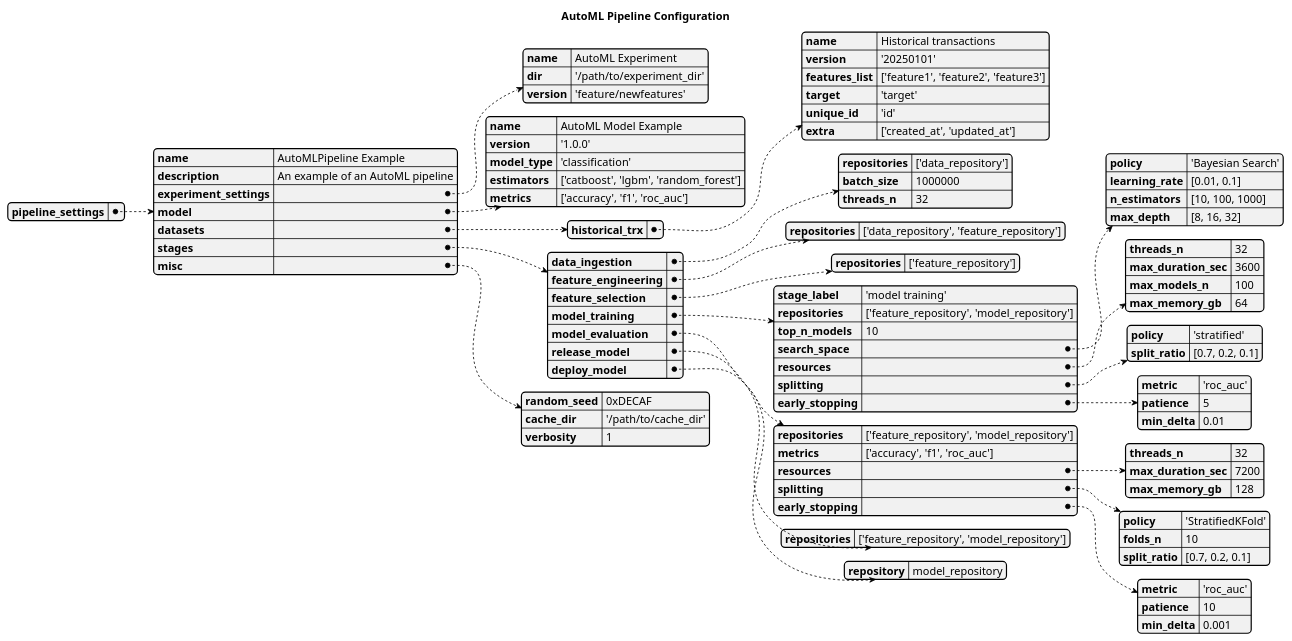
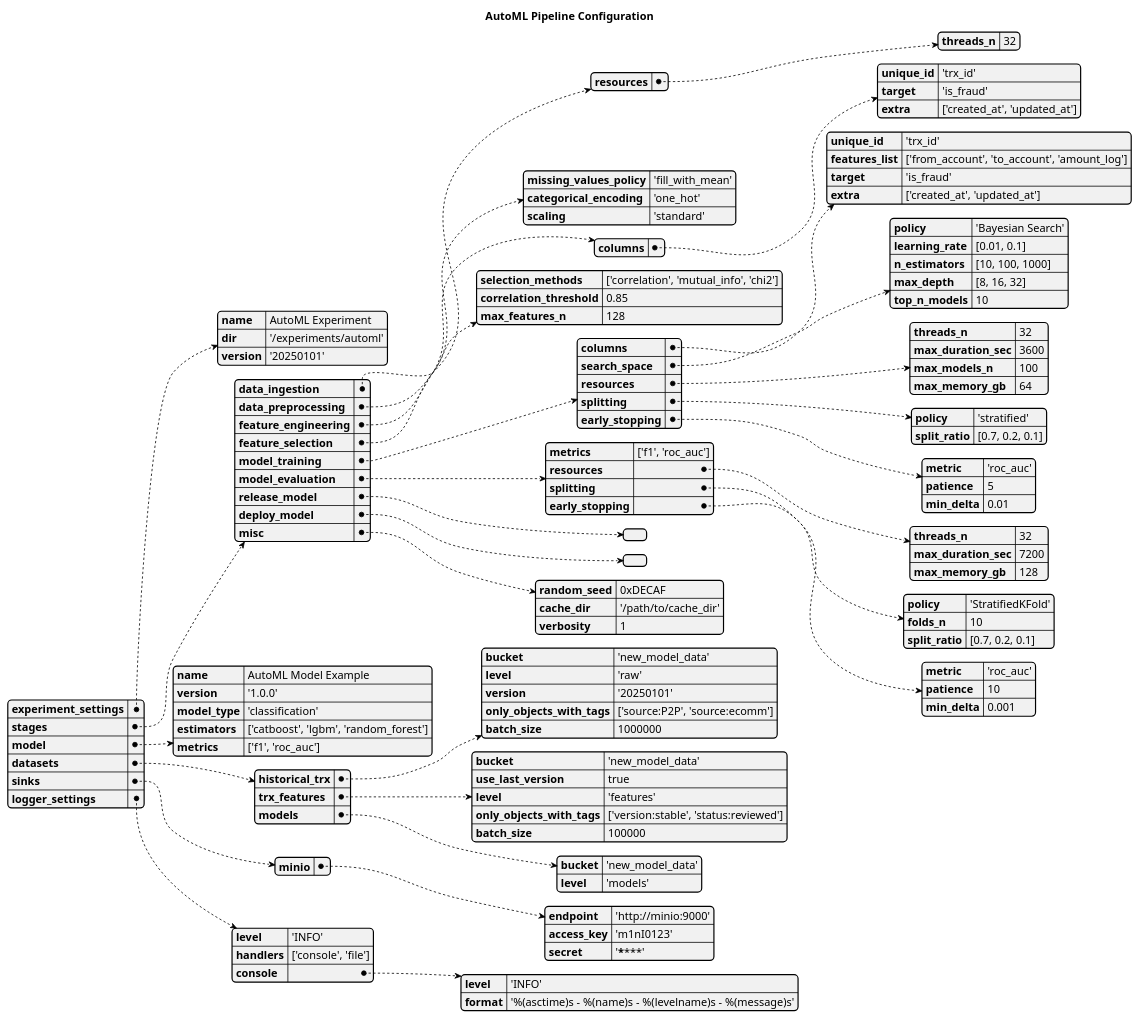
The diagram in pipelines/automl_config.wsd (codez0mb1e/data-engineer-server), drawn with PlantUML before and after one commit. The commit also changed 2 other files, not shown here.

Commit message:
AutoML rethinking

```diff
--- a/pipelines/automl_config.wsd
+++ b/pipelines/automl_config.wsd
@@ -1,90 +1,121 @@
 @startyaml automl_config
 title AutoML Pipeline Configuration
 
-pipeline_settings:
-    name: AutoMLPipeline Example
-    description: An example of an AutoML pipeline
 
-    experiment_settings:
-        name: AutoML Experiment
-        dir: '/path/to/experiment_dir'
-        version: 'feature/newfeatures'
+experiment_settings:
+    name: AutoML Experiment
+    dir: '/experiments/automl'
+    version: '20250101'
+
+stages:
+    data_ingestion:
+        resources:
+            threads_n: 32
+
+    data_preprocessing:
+        missing_values_policy: 'fill_with_mean'
+        categorical_encoding: 'one_hot'
+        scaling: 'standard'
+
+    feature_engineering:
+        columns:
+            unique_id: 'trx_id'
+            target: 'is_fraud'
+            extra: ['created_at', 'updated_at']
     
-    model:
-        name: AutoML Model Example
-        version: '1.0.0'
-        model_type: 'classification'
-        estimators: ['catboost', 'lgbm', 'random_forest']
-        metrics: ['accuracy', 'f1', 'roc_auc']
+    feature_selection:
+        selection_methods: ['correlation', 'mutual_info', 'chi2']
+        correlation_threshold: 0.85
+        max_features_n: 128
+
+    model_training:
+        columns:
+            unique_id: 'trx_id'
+            features_list: ['from_account', 'to_account', 'amount_log']
+            target: 'is_fraud'
+            extra: ['created_at', 'updated_at']
+        search_space:
+            policy: 'Bayesian Search'
+            learning_rate: [0.01, 0.1]
+            n_estimators: [10, 100, 1000]
+            max_depth: [8, 16, 32]
+            top_n_models: 10
+        resources:
+            threads_n: 32
+            max_duration_sec: 3600
+            max_models_n: 100
+            max_memory_gb: 64
+        splitting:
+            policy: 'stratified'
+            split_ratio: [0.7, 0.2, 0.1]
+        early_stopping:
+            metric: 'roc_auc'
+            patience: 5
+            min_delta: 0.01
     
-    datasets:
-        historical_trx:
-            name: Historical transactions
-            version: '20250101'
-            features_list: ['feature1', 'feature2', 'feature3']
-            target: 'target'
-            unique_id: 'id'
-            extra: ['created_at', 'updated_at']
-
-    stages:
-        data_ingestion:
-            repositories: ['data_repository']
-            batch_size: 1000000
+    model_evaluation:
+        metrics: ['f1', 'roc_auc']
+        resources:
             threads_n: 32
-        
-        feature_engineering:
-            repositories: ['data_repository', 'feature_repository']
-        
-        feature_selection:
-            repositories: ['feature_repository']
-        
-        model_training:
-            stage_label: 'model training'
-            repositories: ['feature_repository', 'model_repository']
-            top_n_models: 10
-            search_space:
-                policy: 'Bayesian Search'
-                learning_rate: [0.01, 0.1]
-                n_estimators: [10, 100, 1000]
-                max_depth: [8, 16, 32]
-            resources:
-                threads_n: 32
-                max_duration_sec: 3600
-                max_models_n: 100
-                max_memory_gb: 64
-            splitting:
-                policy: 'stratified'
-                split_ratio: [0.7, 0.2, 0.1]
-            early_stopping:
-                metric: 'roc_auc'
-                patience: 5
-                min_delta: 0.01
-
-        model_evaluation:
-            repositories: ['feature_repository', 'model_repository']
-            metrics: ['accuracy', 'f1', 'roc_auc']
-            resources:
-                threads_n: 32
-                max_duration_sec: 7200
-                max_memory_gb: 128
-            splitting:
-                policy: 'StratifiedKFold'
-                folds_n: 10
-                split_ratio: [0.7, 0.2, 0.1]
-            early_stopping:
-                metric: 'roc_auc'
-                patience: 10
-                min_delta: 0.001
-
-        release_model:
-            repositories: ['feature_repository', 'model_repository']
-        
-        deploy_model:
-            repository: model_repository
+            max_duration_sec: 7200
+            max_memory_gb: 128
+        splitting:
+            policy: 'StratifiedKFold'
+            folds_n: 10
+            split_ratio: [0.7, 0.2, 0.1]
+        early_stopping:
+            metric: 'roc_auc'
+            patience: 10
+            min_delta: 0.001
+    
+    release_model:
+    deploy_model:
 
     misc:
         random_seed: 0xDECAF
         cache_dir: '/path/to/cache_dir'
         verbosity: 1
 
+model:
+    name: AutoML Model Example
+    version: '1.0.0'
+    model_type: 'classification'
+    estimators: ['catboost', 'lgbm', 'random_forest']
+    metrics: ['f1', 'roc_auc']
+
+
+datasets:
+    historical_trx:
+        # Historical transactions log
+        bucket: 'new_model_data'
+        level: 'raw'
+        version: '20250101'
+        only_objects_with_tags: ['source:P2P', 'source:ecomm']
+        batch_size: 1000000
+    trx_features:
+        # Transaction features dataset
+        bucket: 'new_model_data'
+        use_last_version: true
+        level: 'features'
+        only_objects_with_tags: ['version:stable', 'status:reviewed']
+        batch_size: 100000
+    models:
+        bucket: 'new_model_data'
+        level: 'models'
+
+
+sinks:
+    minio:
+        endpoint: 'http://minio:9000'
+        access_key: 'm1nI0123'
+        secret: '********'
+
+
+logger_settings:
+    level: 'INFO'
+    handlers: ['console', 'file']
+    console:
+        level: 'INFO'
+        format: '%(asctime)s - %(name)s - %(levelname)s - %(message)s'
+
 @endyaml
```
